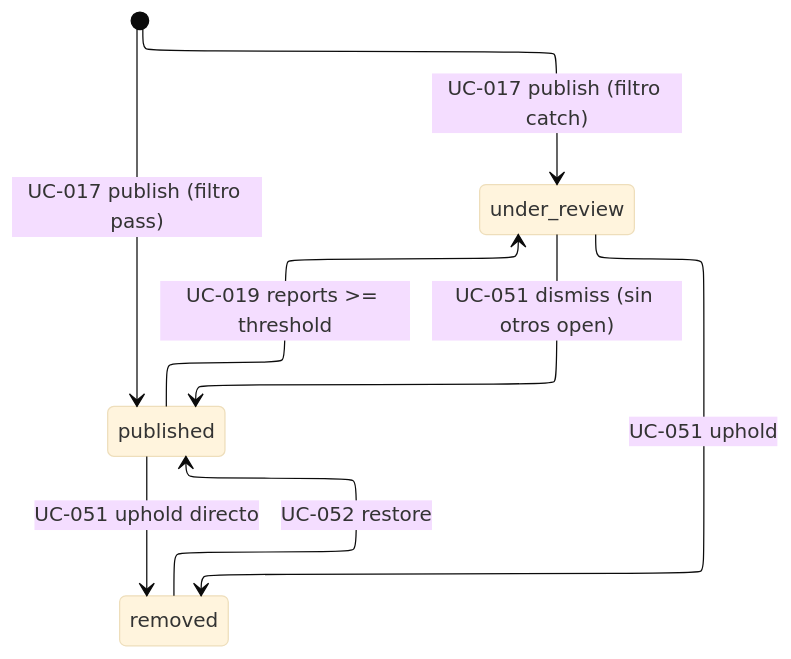
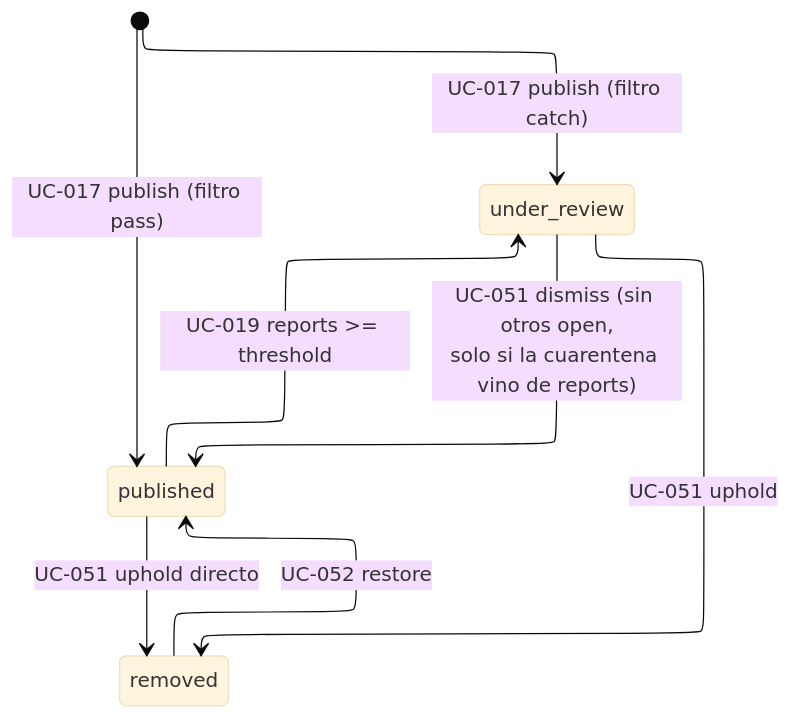
Before and after one commit to lucasidev/plan-b: the first of 6 diagrams in docs/domain/review-lifecycle.md, drawn with Mermaid (base theme). The commit also changed other lines of this file and 25 other files, not shown here.

````diff
--- a/docs/domain/review-lifecycle.md
+++ b/docs/domain/review-lifecycle.md
@@ -32,17 +32,17 @@
 ```mermaid
 ---
 config:
     layout: elk
 ---
 stateDiagram-v2
     [*] --> published : UC-017 publish (filtro pass)
     [*] --> under_review : UC-017 publish (filtro catch)
 
     published --> under_review : UC-019 reports >= threshold
     published --> removed : UC-051 uphold directo
 
-    under_review --> published : UC-051 dismiss (sin otros open)
+    under_review --> published : UC-051 dismiss (sin otros open,<br/>solo si la cuarentena vino de reports)
     under_review --> removed : UC-051 uphold
 
     removed --> published : UC-052 restore
 ```
````
